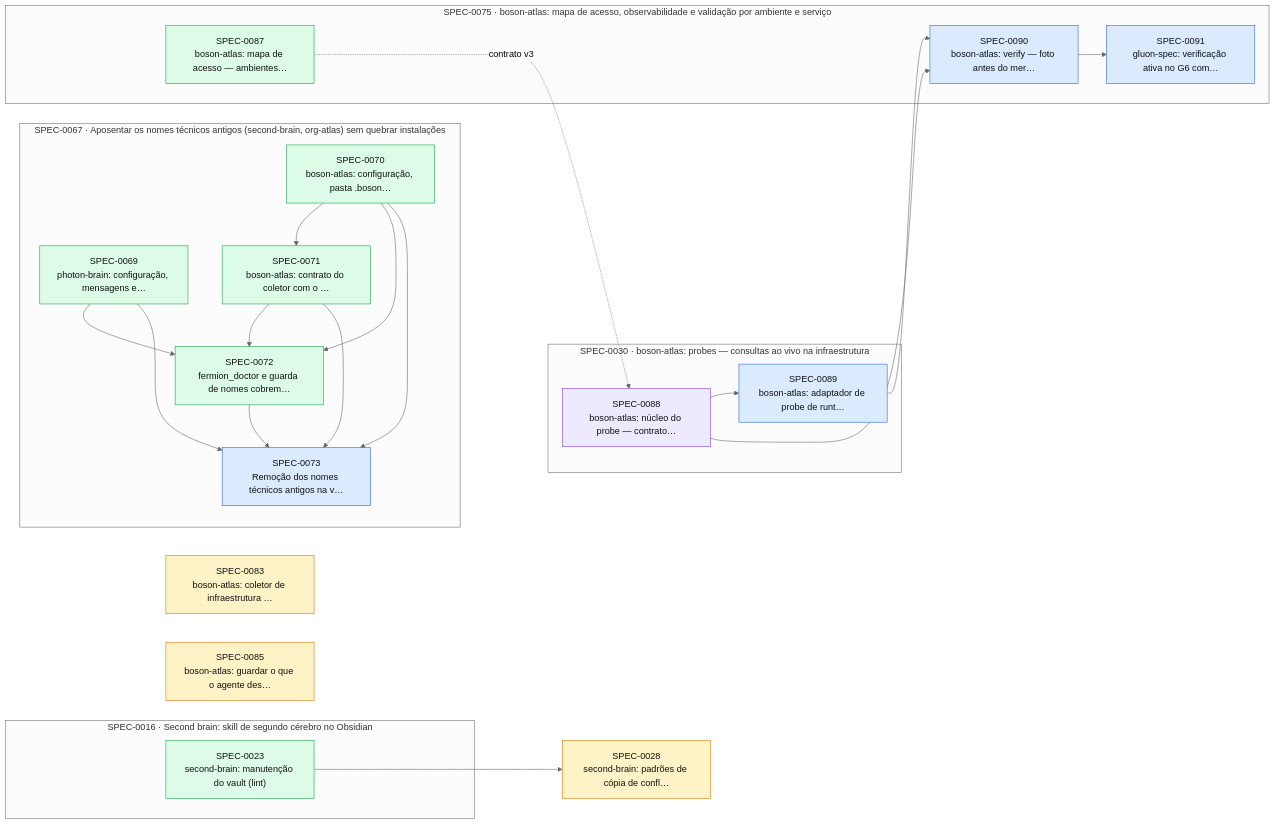
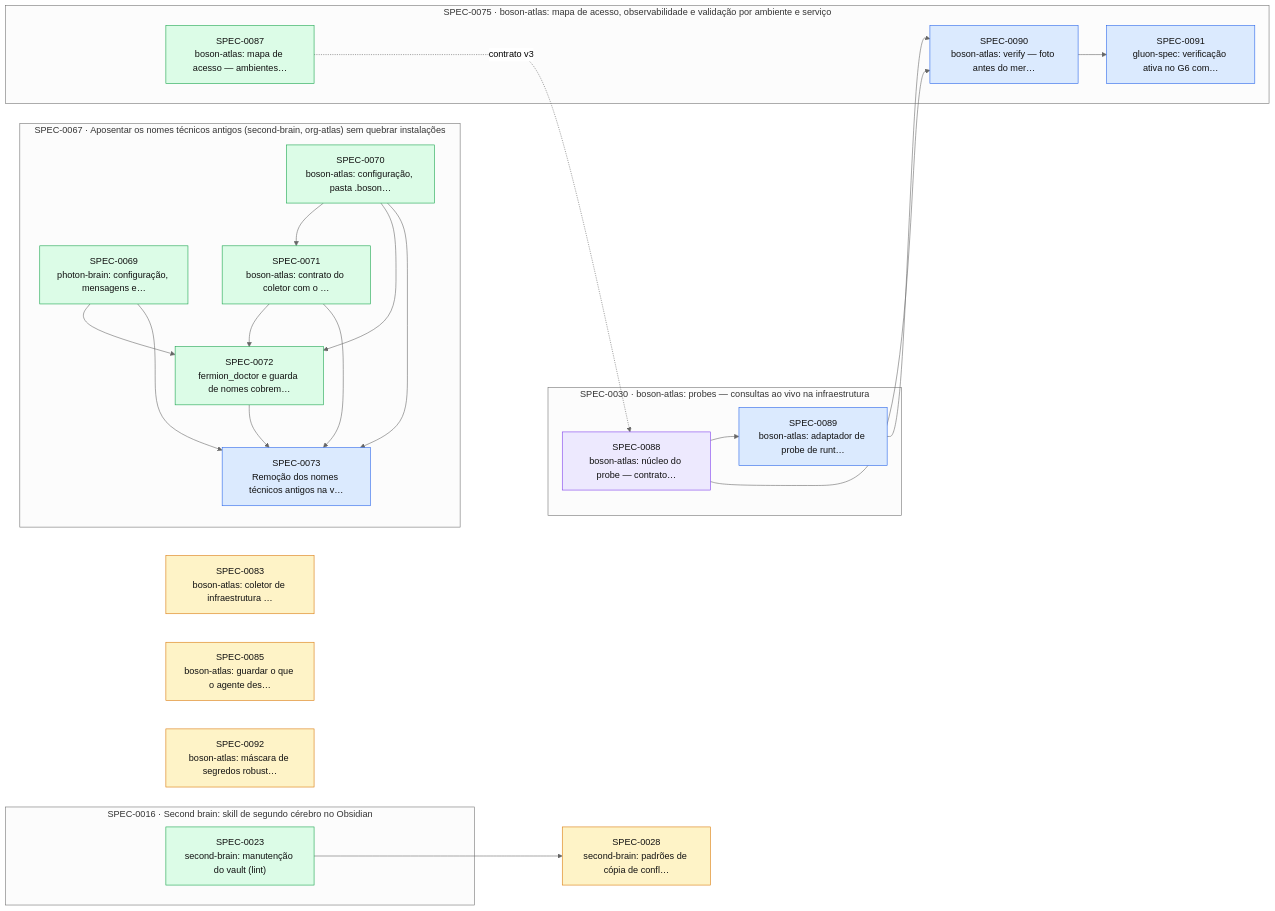
The diagram in docs/specs/INDEX.md (thomasravache/ai-dev-brain), drawn with Mermaid (neutral theme) before and after one commit. The commit also changed other lines of this file and 1 other file, not shown here.

First line of the commit message:
docs(specs): cria a SPEC-0092 (máscara de segredos robusta), achados do G4 da SPEC-0088

````diff
--- a/docs/specs/INDEX.md
+++ b/docs/specs/INDEX.md
@@ -67,44 +68,45 @@
 ```mermaid
 flowchart LR
   S0028["SPEC-0028<br/>second-brain: padrões de cópia de confl…"]:::proposed
   S0083["SPEC-0083<br/>boson-atlas: coletor de infraestrutura …"]:::proposed
   S0085["SPEC-0085<br/>boson-atlas: guardar o que o agente des…"]:::proposed
+  S0092["SPEC-0092<br/>boson-atlas: máscara de segredos robust…"]:::proposed
   subgraph E0016["SPEC-0016 · Second brain: skill de segundo cérebro no Obsidian"]
     S0023["SPEC-0023<br/>second-brain: manutenção do vault (lint)"]:::implemented
   end
   subgraph E0030["SPEC-0030 · boson-atlas: probes — consultas ao vivo na infraestrutura"]
     S0088["SPEC-0088<br/>boson-atlas: núcleo do probe — contrato…"]:::inprogress
     S0089["SPEC-0089<br/>boson-atlas: adaptador de probe de runt…"]:::approved
   end
   subgraph E0067["SPEC-0067 · Aposentar os nomes técnicos antigos (second-brain, org-atlas) sem quebrar instalações"]
     S0069["SPEC-0069<br/>photon-brain: configuração, mensagens e…"]:::implemented
     S0070["SPEC-0070<br/>boson-atlas: configuração, pasta .boson…"]:::implemented
     S0071["SPEC-0071<br/>boson-atlas: contrato do coletor com o …"]:::implemented
     S0072["SPEC-0072<br/>fermion_doctor e guarda de nomes cobrem…"]:::implemented
     S0073["SPEC-0073<br/>Remoção dos nomes técnicos antigos na v…"]:::approved
   end
   subgraph E0075["SPEC-0075 · boson-atlas: mapa de acesso, observabilidade e validação por ambiente e serviço"]
     S0087["SPEC-0087<br/>boson-atlas: mapa de acesso — ambientes…"]:::implemented
     S0090["SPEC-0090<br/>boson-atlas: verify — foto antes do mer…"]:::approved
     S0091["SPEC-0091<br/>gluon-spec: verificação ativa no G6 com…"]:::approved
   end
   S0023 --> S0028
   S0070 --> S0071
   S0069 --> S0072
   S0070 --> S0072
   S0071 --> S0072
   S0069 --> S0073
   S0070 --> S0073
   S0071 --> S0073
   S0072 --> S0073
   S0087 -. contrato v3 .-> S0088
   S0088 --> S0089
   S0088 --> S0090
   S0089 --> S0090
   S0090 --> S0091
   classDef proposed fill:#fef3c7,stroke:#d97706,color:#111
   classDef approved fill:#dbeafe,stroke:#2563eb,color:#111
   classDef inprogress fill:#ede9fe,stroke:#7c3aed,color:#111
   classDef implemented fill:#dcfce7,stroke:#16a34a,color:#111
   classDef deprecated fill:#f3f4f6,stroke:#9ca3af,color:#6b7280
 ```
````
